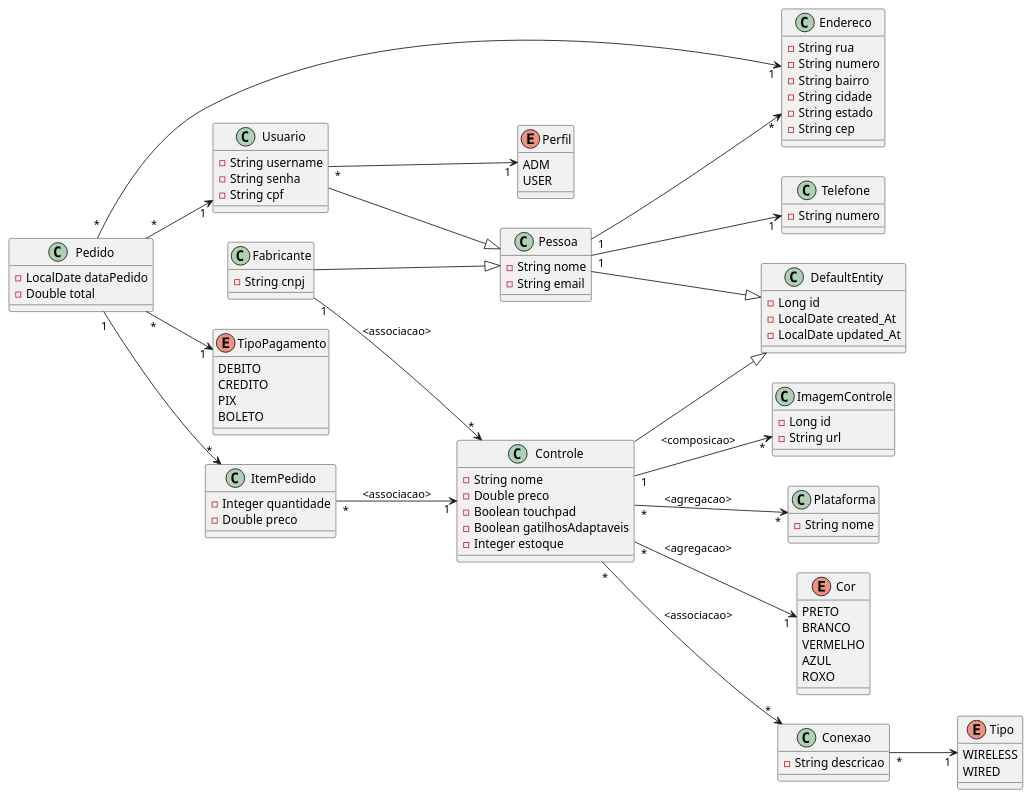
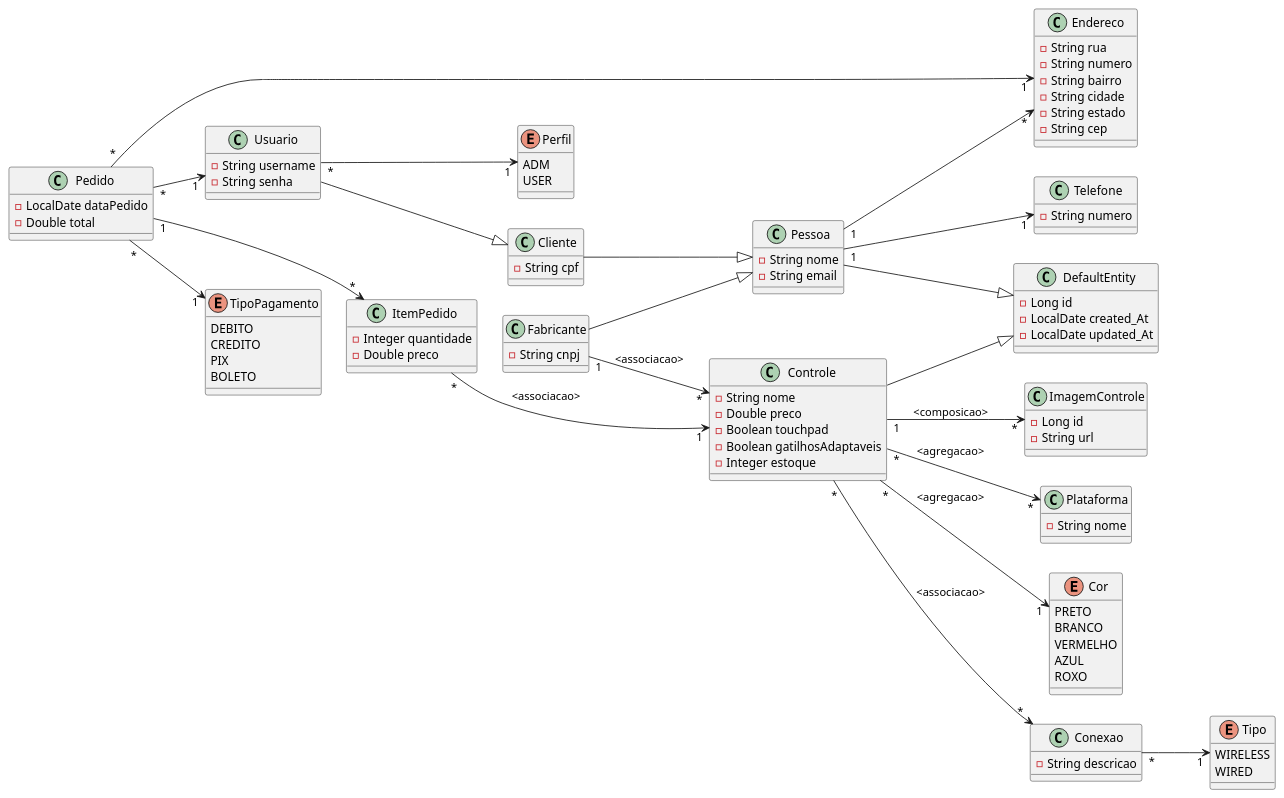
The diagram in src/main/java/main/diagrama.plantuml (Brunosno/TP1-A1), drawn with PlantUML before and after one commit. The commit also changed 51 other files, not shown here.

```diff
--- a/src/main/java/main/diagrama.plantuml
+++ b/src/main/java/main/diagrama.plantuml
@@ -1,120 +1,124 @@
 @startuml
 
 left to right direction
 
 class DefaultEntity {
   - Long id
   - LocalDate created_At
   - LocalDate updated_At
 }
 
 class Pessoa{
   - String nome
   - String email 
 }
 
 class Usuario {
   - String username
   - String senha
+}
+
+class Cliente {
   - String cpf
 }
 
 class Fabricante {
   - String cnpj
 }
 
 class Endereco {
   - String rua
   - String numero
   - String bairro
   - String cidade
   - String estado
   - String cep
 }
 
 class Telefone {
   - String numero
 }
 
 class Controle{
   - String nome
   - Double preco
   - Boolean touchpad
   - Boolean gatilhosAdaptaveis
   - Integer estoque
 }
 
 class ImagemControle {
   - Long id
   - String url
 }
 
 class Plataforma {
   - String nome
 }
 
 enum Cor {
   PRETO
   BRANCO
   VERMELHO
   AZUL
   ROXO
 }
 
 class Pedido {
   - LocalDate dataPedido
   - Double total 
 }
 
 class ItemPedido {
   - Integer quantidade
   - Double preco
 }
 
 class Conexao {
   - String descricao
 }
 
 enum Tipo{
   WIRELESS
   WIRED
 }
 
 enum Perfil {
   ADM
   USER
 }
 
 enum TipoPagamento{
   DEBITO
   CREDITO
   PIX
   BOLETO
 }
 
 
 ' Heranças
 Pessoa --|> DefaultEntity
-Usuario --|> Pessoa
+Usuario --|> Cliente
+Cliente --|> Pessoa
 Fabricante --|> Pessoa
 Controle --|> DefaultEntity
 
 ' Relacionamentos
 Pessoa "1" --> "1" Telefone
 Pessoa "1" --> "*" Endereco
 Fabricante "1" --> "*" Controle : <associacao>
 Controle "*" --> "*" Plataforma : <agregacao>
 Controle "1" --> "*" ImagemControle : <composicao>
 Pedido "1" --> "*" ItemPedido 
 ItemPedido "*" --> "1" Controle : <associacao>
 Pedido "*" --> "1" Usuario
 Pedido "*" --> "1" Endereco
 Controle "*" --> "*" Conexao : <associacao>
 
 ' Enums
 Controle "*" --> "1" Cor : <agregacao>
 Conexao "*" --> "1" Tipo
 Usuario "*" --> "1" Perfil
 Pedido "*" --> "1" TipoPagamento
 
 @enduml
```
